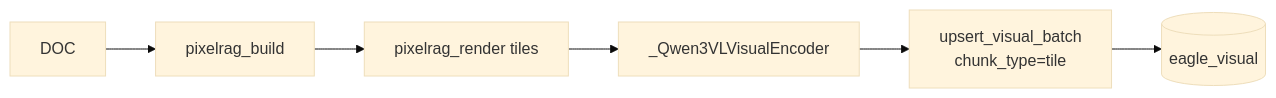
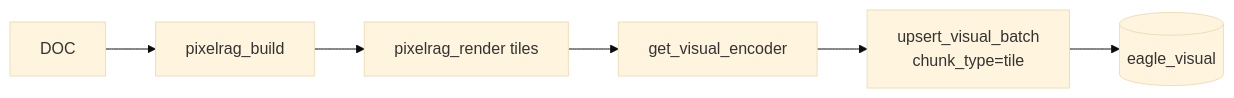
One commit to zhiweio/EagleRAG changed the fourth of 5 diagrams in docs/en/architecture/multimodal-fusion.md. Above: the diagram before and after it, drawn with Mermaid (base theme). The commit also changed other lines of this file and 91 other files, not shown here.

````diff
--- a/docs/en/architecture/multimodal-fusion.md
+++ b/docs/en/architecture/multimodal-fusion.md
@@ -353,8 +359,8 @@
 ```mermaid
 flowchart LR
     DOC --> PB["pixelrag_build"]
     PB --> REN["pixelrag_render tiles"]
-    REN --> EMB["_Qwen3VLVisualEncoder"]
+    REN --> EMB["get_visual_encoder"]
     EMB --> UV["upsert_visual_batch<br/>chunk_type=tile"]
     UV --> EV[("eagle_visual")]
 ```
````
